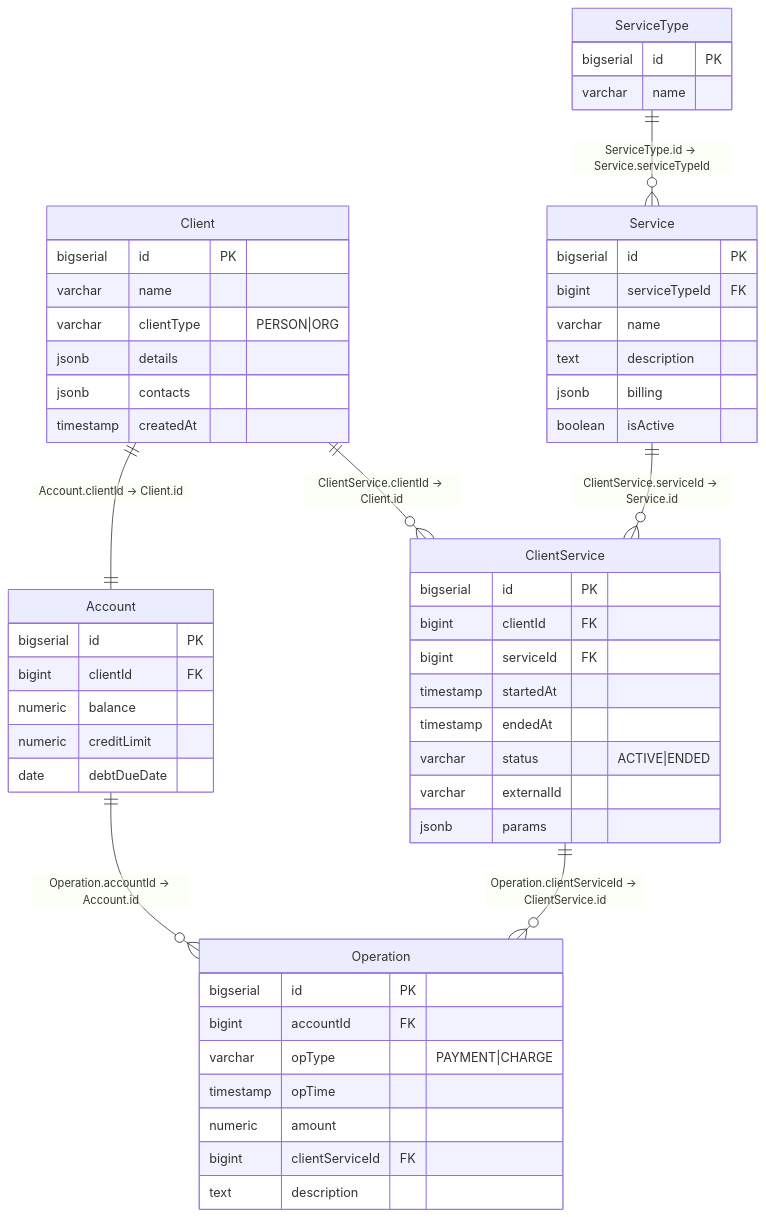
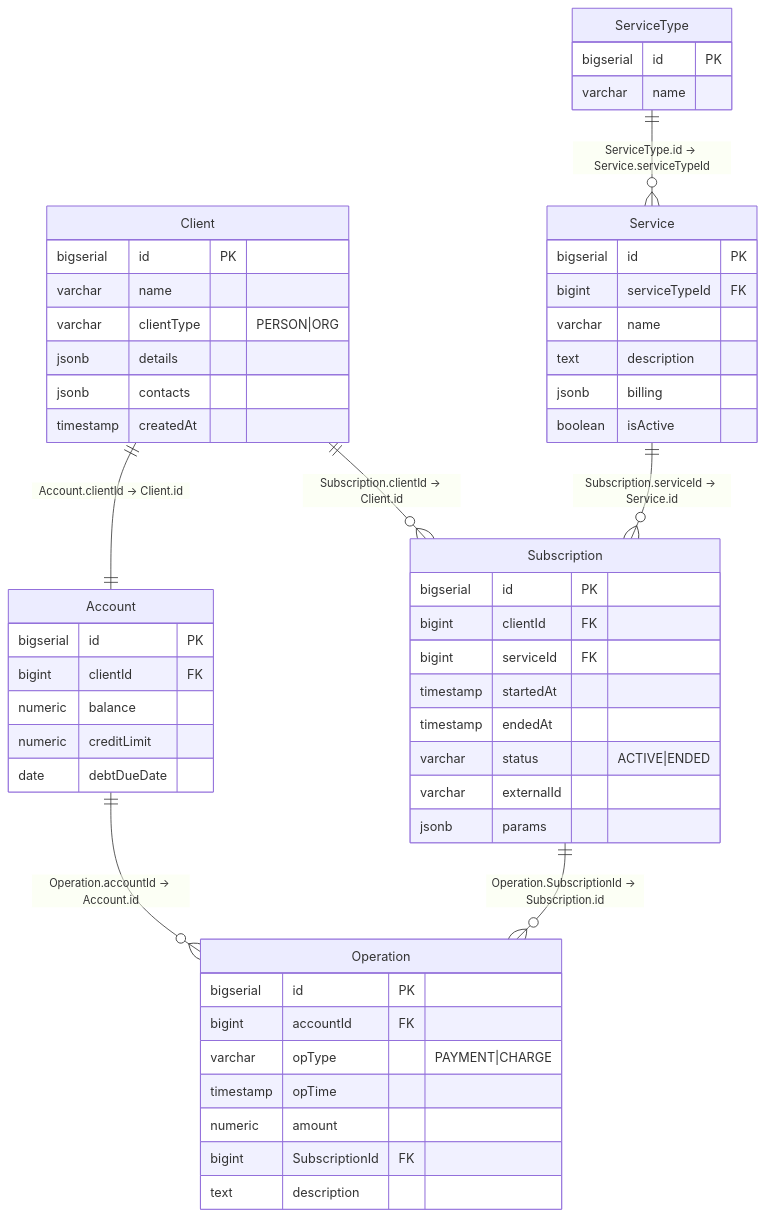
The second of 2 diagrams in README.md (XKusya/webprak), drawn with Mermaid before and after one commit. The commit also changed 12 other files, not shown here.

Commit message:
rename ClientService entity to Subscription

````diff
--- a/README.md
+++ b/README.md
@@ -62,61 +62,61 @@
 ```mermaid
 erDiagram
     Client {
         bigserial id PK
         varchar name
         varchar clientType "PERSON|ORG"
         jsonb details
         jsonb contacts
         timestamp createdAt
     }
 
     Account {
         bigserial id PK
         bigint clientId FK
         numeric balance
         numeric creditLimit
         date debtDueDate
     }
 
     ServiceType {
         bigserial id PK
         varchar name
     }
 
     Service {
         bigserial id PK
         bigint serviceTypeId FK
         varchar name
         text description
         jsonb billing
         boolean isActive
     }
 
-    ClientService {
+    Subscription {
         bigserial id PK
         bigint clientId FK
         bigint serviceId FK
         timestamp startedAt
         timestamp endedAt
         varchar status "ACTIVE|ENDED"
         varchar externalId
         jsonb params
     }
 
     Operation {
         bigserial id PK
         bigint accountId FK
         varchar opType "PAYMENT|CHARGE"
         timestamp opTime
         numeric amount
-        bigint clientServiceId FK
+        bigint SubscriptionId FK
         text description
     }
 
     Client ||--|| Account: "Account.clientId -> Client.id"
     ServiceType ||--o{ Service: "ServiceType.id -> Service.serviceTypeId"
-    Client ||--o{ ClientService: "ClientService.clientId -> Client.id"
-    Service ||--o{ ClientService: "ClientService.serviceId -> Service.id"
+    Client ||--o{ Subscription: "Subscription.clientId -> Client.id"
+    Service ||--o{ Subscription: "Subscription.serviceId -> Service.id"
     Account ||--o{ Operation: "Operation.accountId -> Account.id"
-    ClientService ||--o{ Operation: "Operation.clientServiceId -> ClientService.id"
+    Subscription ||--o{ Operation: "Operation.SubscriptionId -> Subscription.id"
 ```
````
